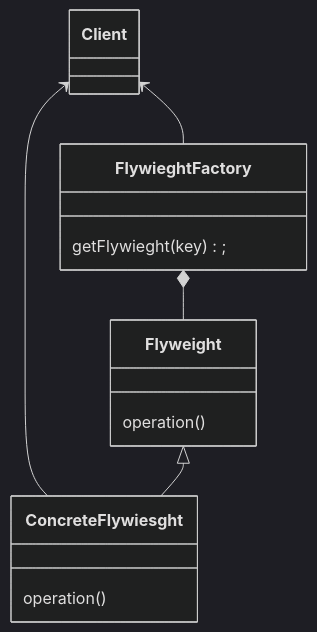
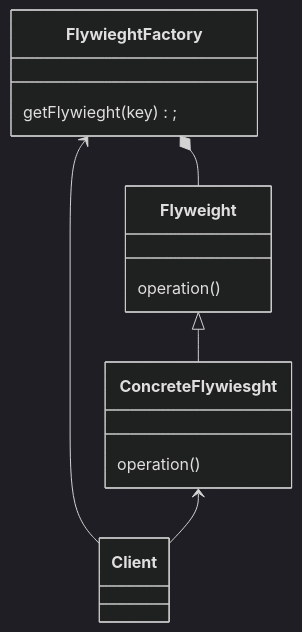
The diagram in design_pattern_practice/src/structural/flyWeight/readme.md (AhmedGharib0014/design_pattern_practice), drawn with Mermaid (dark theme) before and after one commit.

Commit message:
fix: flyweight uml

````diff
--- a/design_pattern_practice/src/structural/flyWeight/readme.md
+++ b/design_pattern_practice/src/structural/flyWeight/readme.md
@@ -8,23 +8,23 @@
 ```mermaid
  classDiagram
-    Client <-- FlywieghtFactory
-    Client <-- ConcreteFlywiesght
+    FlywieghtFactory <-- Client
+    ConcreteFlywiesght <-- Client
     FlywieghtFactory *-- Flyweight
     Flyweight <|-- ConcreteFlywiesght
     
     class Client {
     }
     
     class FlywieghtFactory {
          getFlywieght(key);
     }
     
     class Flyweight {
          operation()
     }
     
     class ConcreteFlywiesght {
          operation()
     }
     
 ```
````
